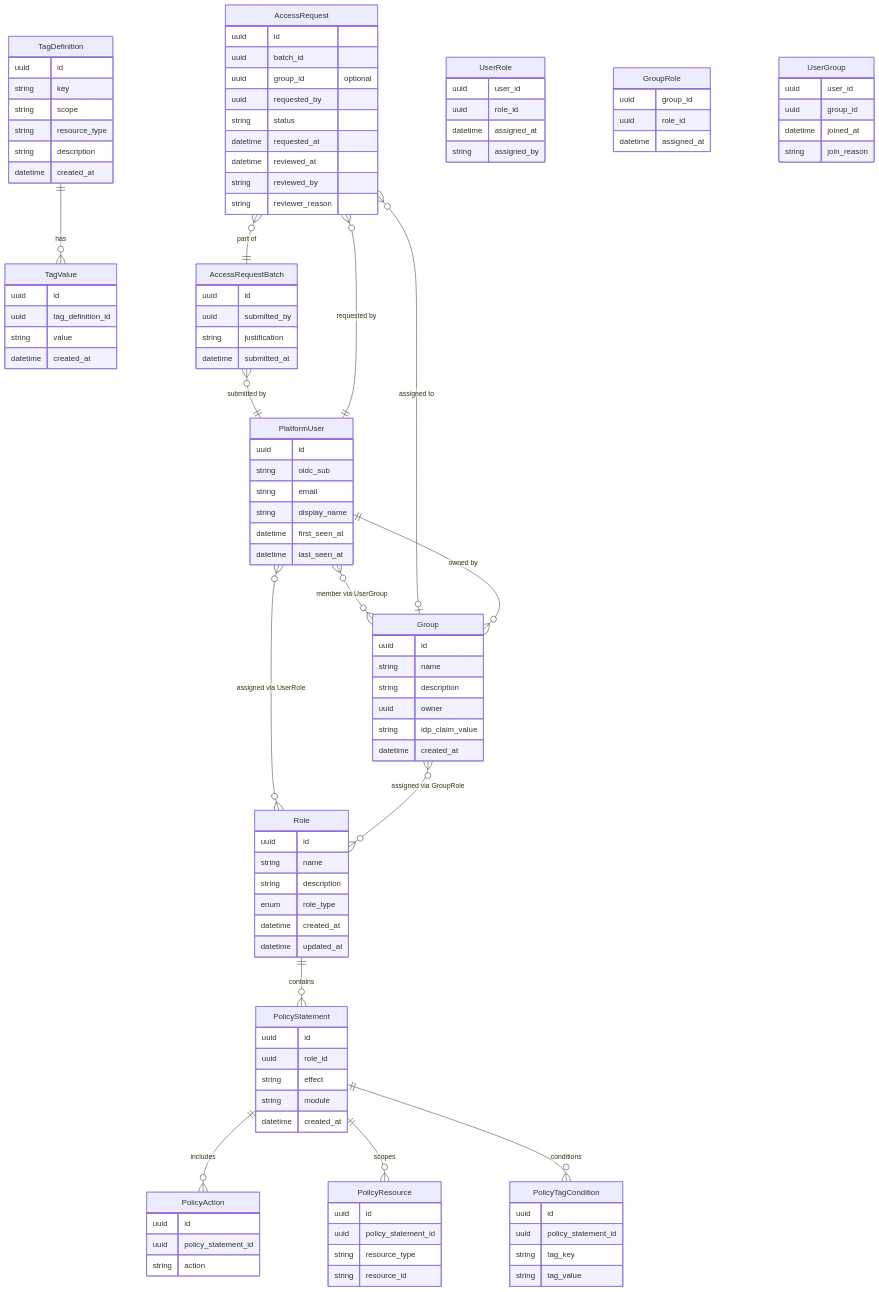
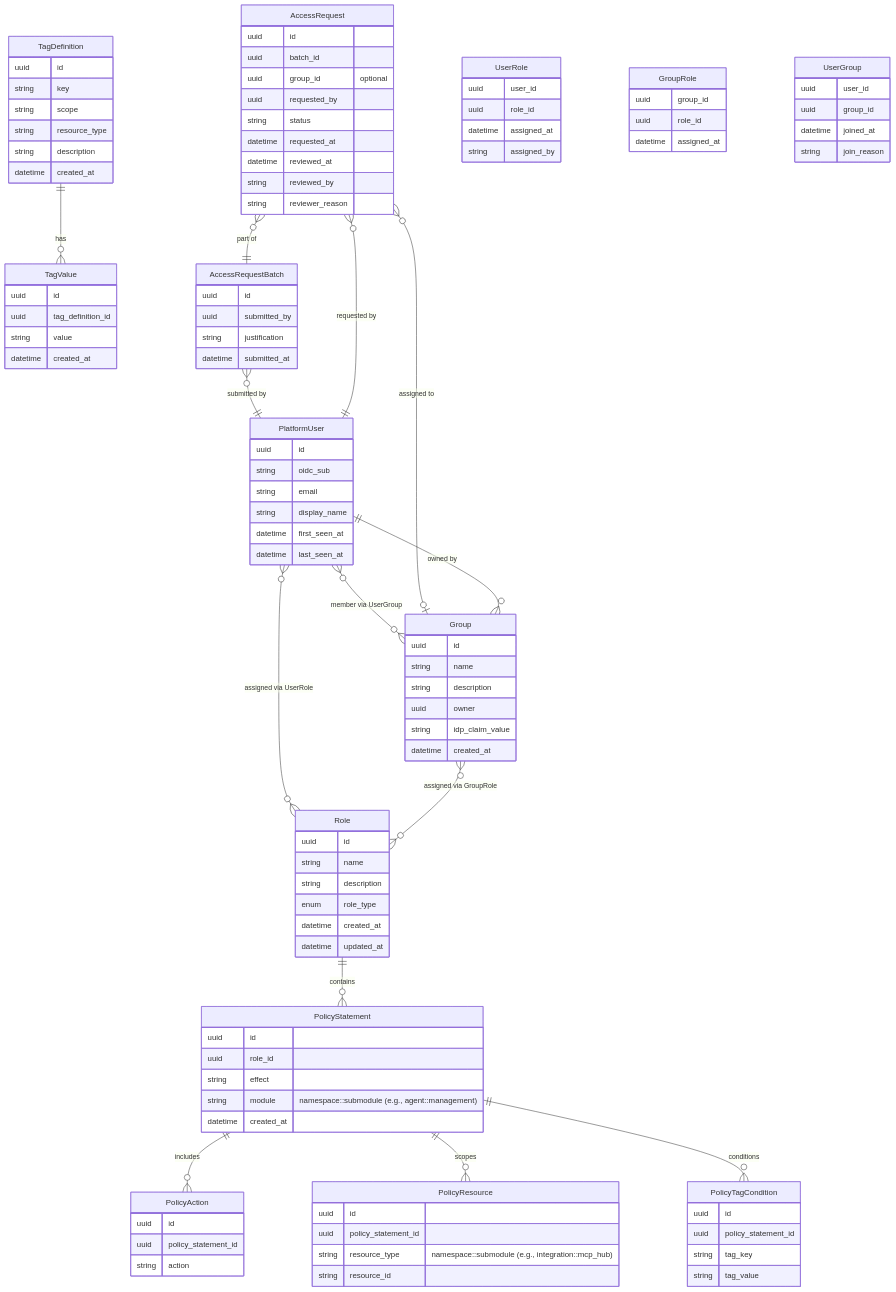
Before and after one commit to hurungang/parthenon: the second of 2 diagrams in docs/master/data-model/modules/identity/entities.md, drawn with Mermaid. The commit also changed other lines of this file and 206 other files, not shown here.

```diff
--- a/docs/master/data-model/modules/identity/entities.md
+++ b/docs/master/data-model/modules/identity/entities.md
@@ -112,7 +132,7 @@
         uuid id
         uuid role_id
         string effect
-        string module
+        string module "namespace::submodule (e.g., agent::management)"
         datetime created_at
     }
     PolicyAction {
@@ -123,7 +143,7 @@
     PolicyResource {
         uuid id
         uuid policy_statement_id
-        string resource_type
+        string resource_type "namespace::submodule (e.g., integration::mcp_hub)"
         string resource_id
     }
     PolicyTagCondition {
```
